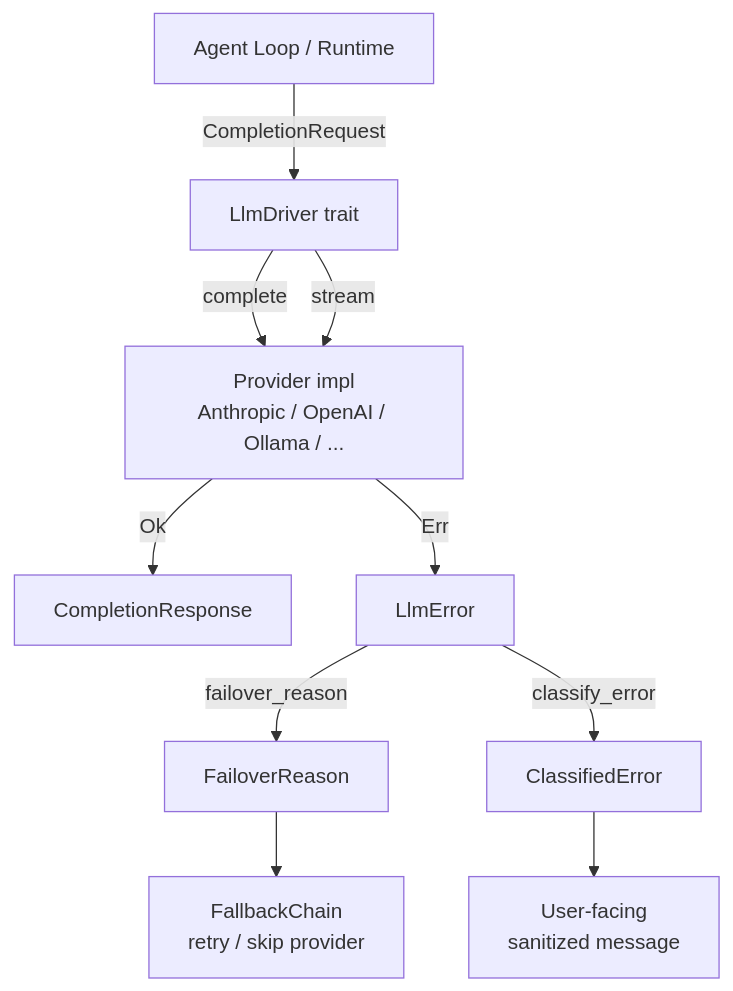
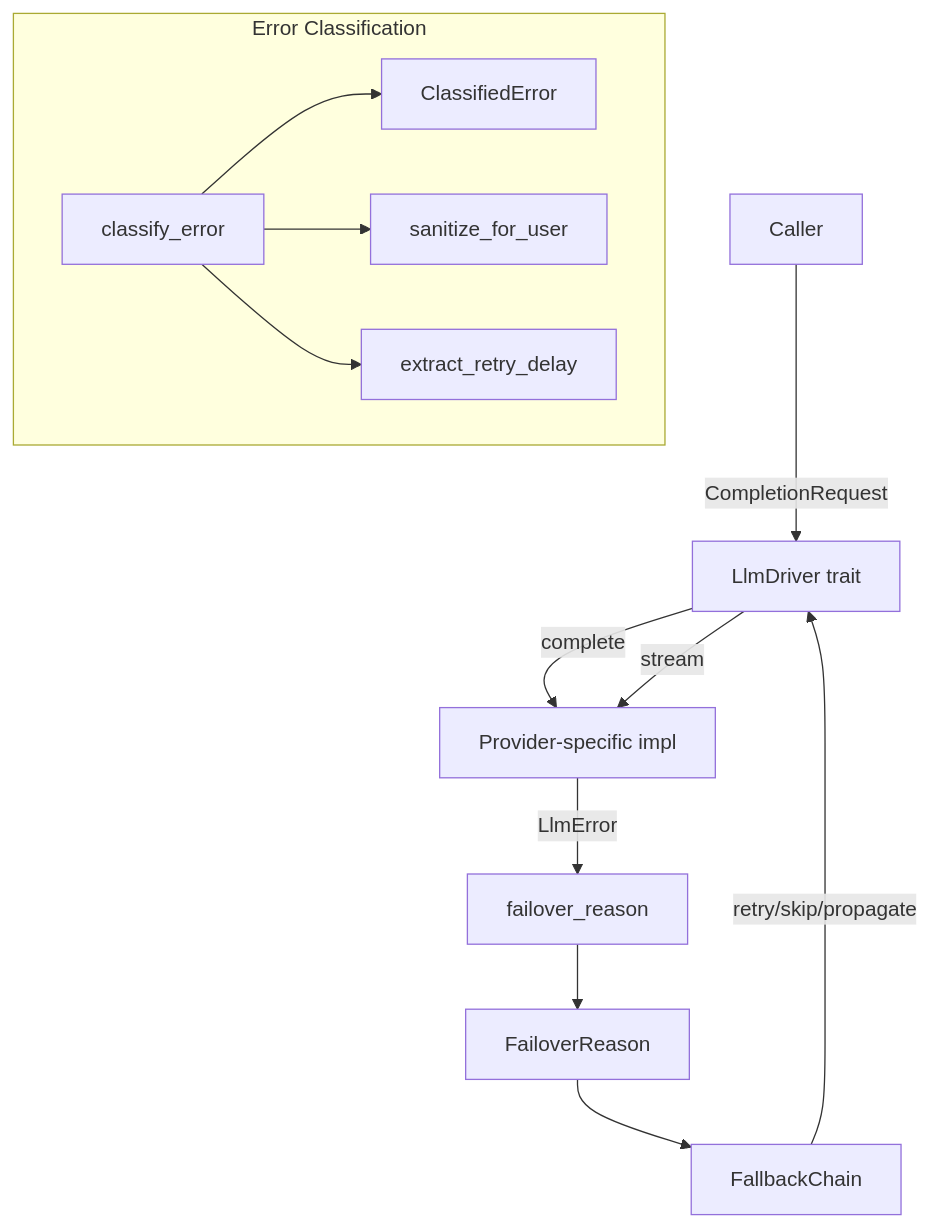
The diagram in llm-drivers-librefang-llm-driver-src.md (leszek3737/librefang-WIki), drawn with Mermaid before and after one commit. The commit also changed other lines of this file and 93 other files, not shown here.

````diff
--- a/llm-drivers-librefang-llm-driver-src.md
+++ b/llm-drivers-librefang-llm-driver-src.md
@@ -9,12 +11,16 @@
 ```mermaid
 graph TD
-    A[Agent Loop / Runtime] -->|CompletionRequest| B[LlmDriver trait]
-    B -->|complete| C[Provider impl<br/>Anthropic / OpenAI / Ollama / ...]
+    A[Caller] -->|CompletionRequest| B[LlmDriver trait]
+    B -->|complete| C[Provider-specific impl]
     B -->|stream| C
-    C -->|Ok| D[CompletionResponse]
-    C -->|Err| E[LlmError]
-    E -->|failover_reason| F[FailoverReason]
-    E -->|classify_error| G[ClassifiedError]
-    F --> H[FallbackChain<br/>retry / skip provider]
-    G --> I[User-facing<br/>sanitized message]
+    C -->|LlmError| D[failover_reason]
+    D --> E[FailoverReason]
+    E --> F[FallbackChain]
+    F -->|retry/skip/propagate| B
+
+    subgraph "Error Classification"
+        G[classify_error] --> H[ClassifiedError]
+        G --> I[sanitize_for_user]
+        G --> J[extract_retry_delay]
+    end
 ```
````
